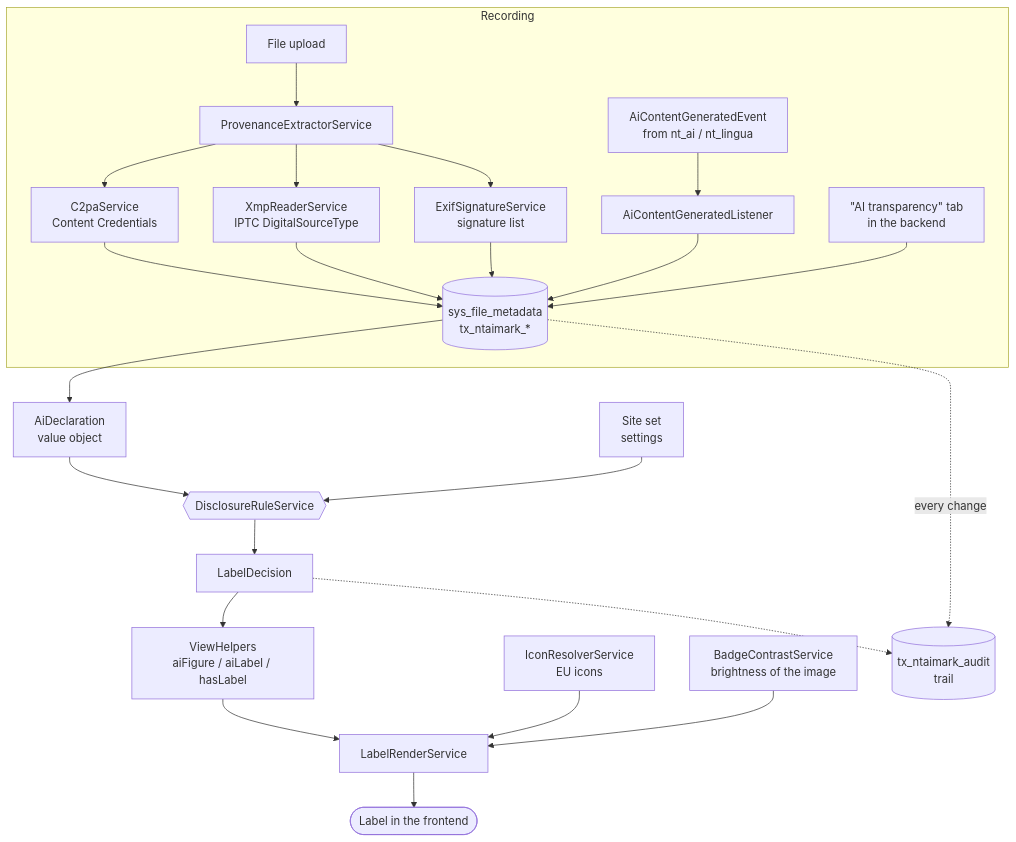
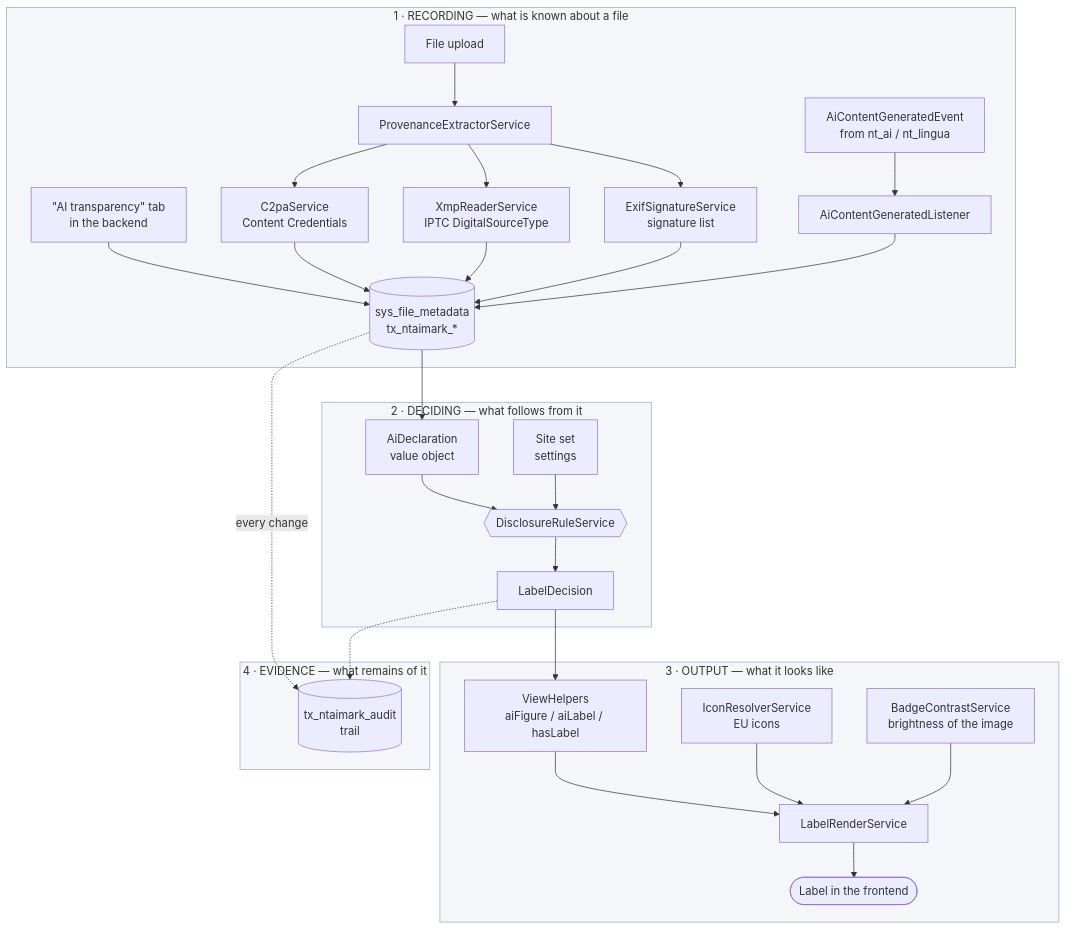
Before and after one commit to netthinks/nt_aimark: the first of 7 diagrams in docs/architecture.en.md, drawn with Mermaid. The commit also changed other lines of this file and 2 other files, not shown here.

Commit message:
Uebersichtsdiagramm: alle vier Stufen als Kasten, nicht nur die erste
Nur die Erfassung stand in einem grauen Kasten, der Rest lag frei daneben —
das sah nach halber Arbeit aus und liess offen, was der untere Teil eigentlich
ist. Jetzt hat jede Stufe ihren Kasten mit Nummer und Frage: Erfassung (was
ist bekannt), Entscheidung (was folgt daraus), Ausgabe (wie sieht es aus),
Nachweis (was bleibt davon).

Die Tabelle darueber nannte drei Stufen, das Diagramm zeigte vier Bereiche.
Sie nennt jetzt ebenfalls vier und verweist ausdruecklich auf die Kaesten,
damit Text und Bild dasselbe sagen.

Geprueft: alle sieben Diagramme parsen, das Uebersichtsdiagramm rendert mit
vier beschrifteten Kaesten.

````diff
--- a/docs/architecture.en.md
+++ b/docs/architecture.en.md
@@ -23,30 +26,41 @@
 ```mermaid
 flowchart TB
-    subgraph Recording
+    subgraph recording["1 · RECORDING — what is known about a file"]
         upload[File upload] --> extract[ProvenanceExtractorService]
         extract --> c2pa[C2paService<br/>Content Credentials]
         extract --> xmp[XmpReaderService<br/>IPTC DigitalSourceType]
         extract --> exif[ExifSignatureService<br/>signature list]
         event[AiContentGeneratedEvent<br/>from nt_ai / nt_lingua] --> listener[AiContentGeneratedListener]
         form[&quot;AI transparency&quot; tab<br/>in the backend] --> meta
+        c2pa --> meta[(sys_file_metadata<br/>tx_ntaimark_*)]
+        xmp --> meta
+        exif --> meta
+        listener --> meta
     end
 
-    c2pa --> meta[(sys_file_metadata<br/>tx_ntaimark_*)]
-    xmp --> meta
-    exif --> meta
-    listener --> meta
+    subgraph deciding["2 · DECIDING — what follows from it"]
+        decl[AiDeclaration<br/>value object] --> rules{{DisclosureRuleService}}
+        settings[Site set<br/>settings] --> rules
+        rules --> decision[LabelDecision]
+    end
 
-    meta --> decl[AiDeclaration<br/>value object]
-    decl --> rules{{DisclosureRuleService}}
-    settings[Site set<br/>settings] --> rules
-    rules --> decision[LabelDecision]
+    subgraph output["3 · OUTPUT — what it looks like"]
+        vh[ViewHelpers<br/>aiFigure / aiLabel / hasLabel] --> render[LabelRenderService]
+        icons[IconResolverService<br/>EU icons] --> render
+        contrast[BadgeContrastService<br/>brightness of the image] --> render
+        render --> out([Label in the frontend])
+    end
 
-    decision --> vh[ViewHelpers<br/>aiFigure / aiLabel / hasLabel]
-    vh --> render[LabelRenderService]
-    icons[IconResolverService<br/>EU icons] --> render
-    contrast[BadgeContrastService<br/>brightness of the image] --> render
-    render --> out([Label in the frontend])
+    subgraph evidence["4 · EVIDENCE — what remains of it"]
+        audit[(tx_ntaimark_audit<br/>trail)]
+    end
 
-    meta -.every change.-> audit[(tx_ntaimark_audit<br/>trail)]
+    meta --> decl
+    decision --> vh
+
+    meta -.every change.-> audit
     decision -.-> audit
+
+    classDef stage fill:#f4f6fa,stroke:#9aa6bd,stroke-width:1px
+    class recording,deciding,output,evidence stage
 ```
````
